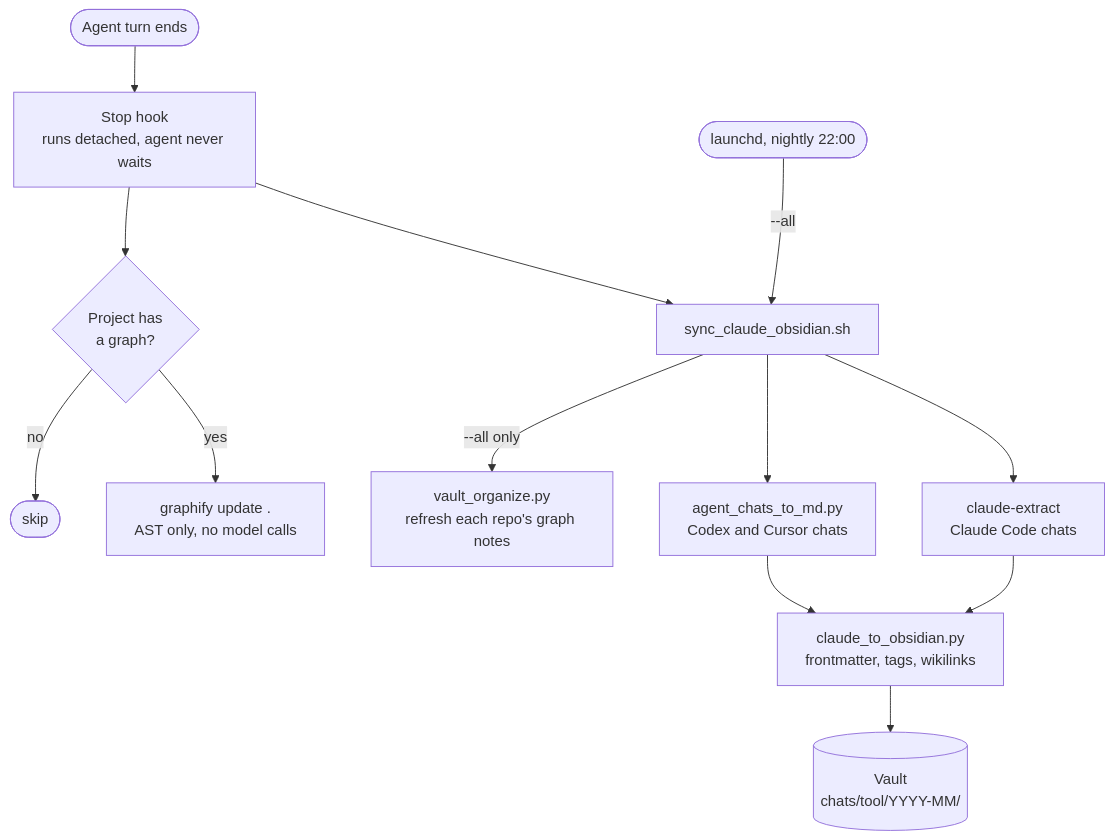
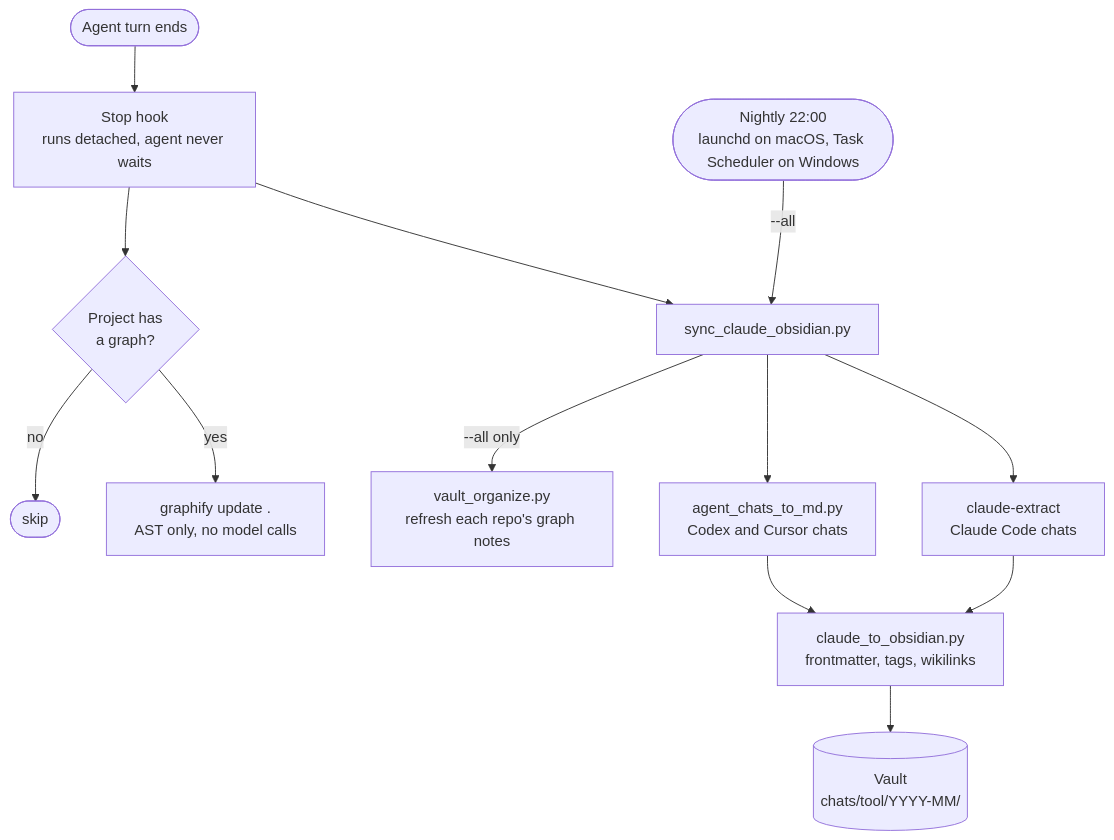
Before and after one commit to zandy700/agent-workflow: the third of 5 diagrams in docs/how-it-works.md, drawn with Mermaid. The commit also changed 19 other files, not shown here.

````diff
--- a/docs/how-it-works.md
+++ b/docs/how-it-works.md
@@ -52,15 +52,15 @@
 ```mermaid
 flowchart TD
     TURN([Agent turn ends]) --> STOP["Stop hook<br/>runs detached, agent never waits"]
-    STOP --> SYNC["sync_claude_obsidian.sh"]
+    STOP --> SYNC["sync_claude_obsidian.py"]
     SYNC --> X1["claude-extract<br/>Claude Code chats"]
     SYNC --> X2["agent_chats_to_md.py<br/>Codex and Cursor chats"]
     X1 --> CO["claude_to_obsidian.py<br/>frontmatter, tags, wikilinks"]
     X2 --> CO
     CO --> VC[("Vault<br/>chats/tool/YYYY-MM/")]
     STOP --> GU{"Project has<br/>a graph?"}
     GU -->|yes| GUP["graphify update .<br/>AST only, no model calls"]
     GU -->|no| SKIP([skip])
-    NIGHT(["launchd, nightly 22:00"]) -->|"--all"| SYNC
+    NIGHT(["Nightly 22:00<br/>launchd on macOS, Task Scheduler on Windows"]) -->|"--all"| SYNC
     SYNC -->|"--all only"| VO["vault_organize.py<br/>refresh each repo's graph notes"]
 ```
````
